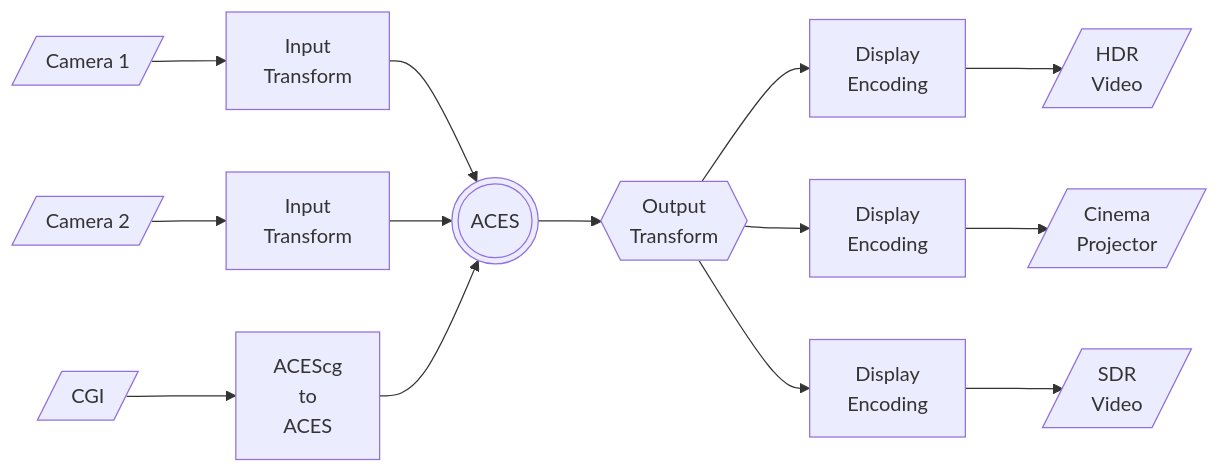
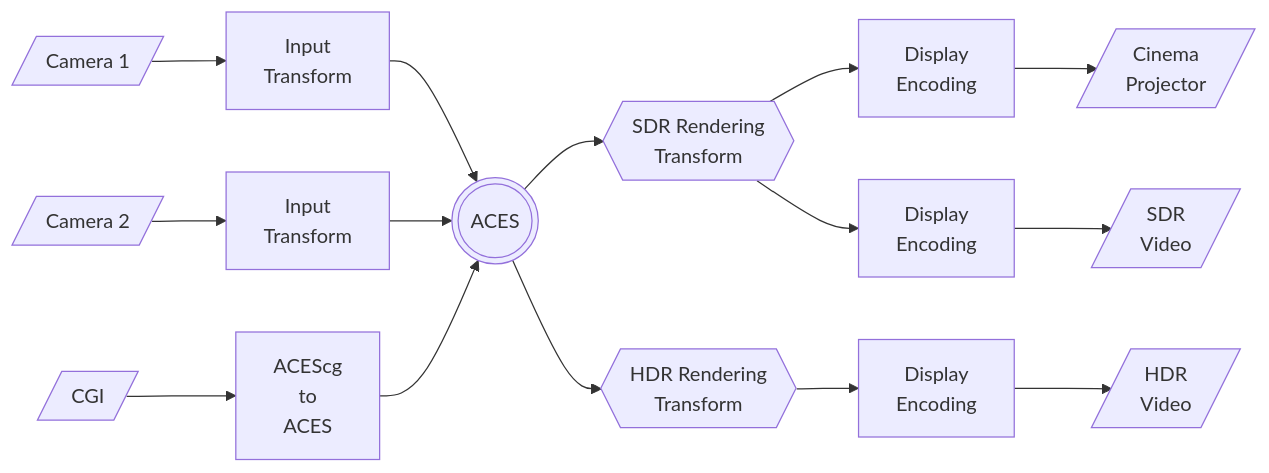
The diagram in docs/index.md (ampas/aces-docs), drawn with Mermaid before and after one commit. The commit also changed other lines of this file and 29 other files, not shown here.

````diff
--- a/docs/index.md
+++ b/docs/index.md
@@ -12,22 +17,24 @@
 ``` mermaid
 flowchart LR
   id1[/Camera 1/] --> id4["Input 
   Transform"] --> id7(((ACES)))
   id2[/Camera 2/] --> id5["Input 
   Transform"] --> id7
   id3[/CGI/] --> id6["ACEScg
   to
   ACES"] --> id7
-  id7 --> id8{{"Output
+  id7 --> id8{{"SDR Rendering
   Transform"}} 
-  id8 --> id9["Display 
+  id7 --> id8b{{"HDR Rendering
+  Transform"}} 
+  id8b --> id9["Display 
   Encoding"] --> id12[/"HDR 
   Video"/]
   id8 --> id10["Display 
   Encoding"] --> id13[/"Cinema 
   Projector"/]
   id8 --> id11["Display 
   Encoding"] --> id14[/"SDR 
   Video"/]
   ;
 ```
````
